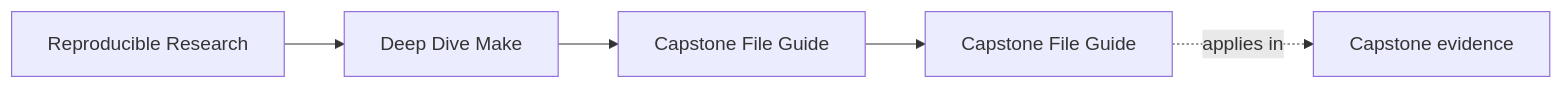
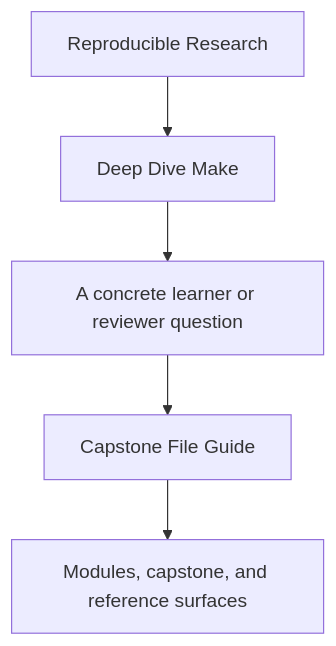
One commit to bijux/bijux-masterclass changed the first of 2 diagrams in programs/reproducible-research/deep-dive-make/course-book/guides/capstone-file-guide.md. Above: the diagram before and after it, drawn with Mermaid. The commit also changed other lines of this file and 29 other files, not shown here.

Commit message:
docs(deep-dive-make): sharpen guide and reference diagrams

````diff
--- a/programs/reproducible-research/deep-dive-make/course-book/guides/capstone-file-guide.md
+++ b/programs/reproducible-research/deep-dive-make/course-book/guides/capstone-file-guide.md
@@ -9,11 +9,7 @@
 ```mermaid
-graph LR
-  family["Reproducible Research"]
-  program["Deep Dive Make"]
-  section["Capstone File Guide"]
-  page["Capstone File Guide"]
-  capstone["Capstone evidence"]
-
-  family --> program --> section --> page
-  page -.applies in.-> capstone
+flowchart TD
+  family["Reproducible Research"] --> program["Deep Dive Make"]
+  program --> pressure["A concrete learner or reviewer question"]
+  pressure --> guide["Capstone File Guide"]
+  guide --> next["Modules, capstone, and reference surfaces"]
 ```
````
